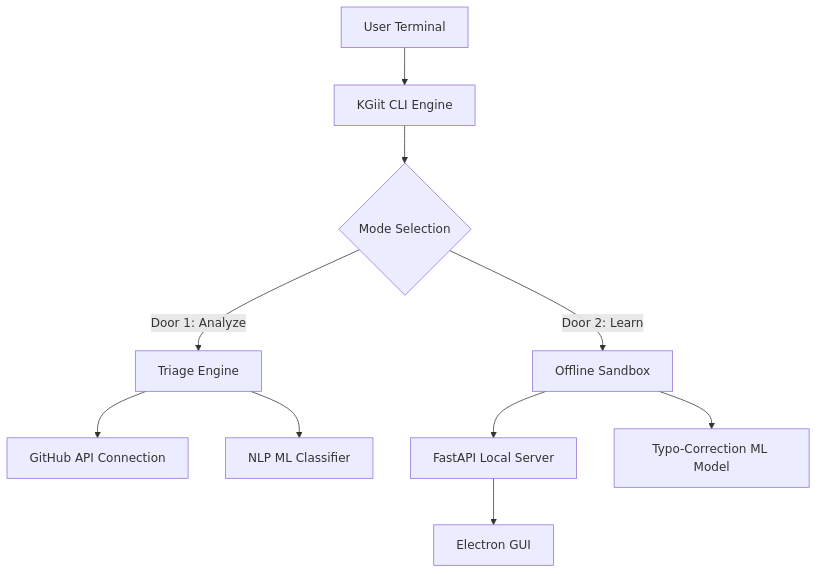
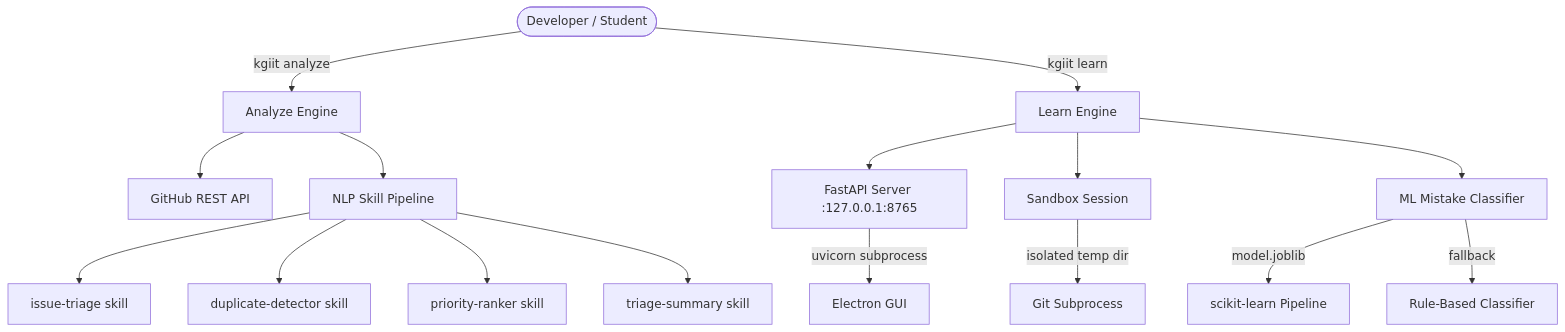
One commit to ShauryaVaid/kgiit changed the first of 4 diagrams in ARCHITECTURE.md. Above: the diagram before and after it, drawn with Mermaid. The commit also changed other lines of this file and 7 other files, not shown here.

````diff
--- a/ARCHITECTURE.md
+++ b/ARCHITECTURE.md
@@ -7,15 +14,21 @@
 ```mermaid
 graph TD
-    A[User Terminal] --> B[KGiit CLI Engine]
-    B --> C{Mode Selection}
-    
-    C -->|Door 1: Analyze| D[Triage Engine]
-    C -->|Door 2: Learn| E[Offline Sandbox]
-    
-    D --> F[GitHub API Connection]
-    D --> G[NLP ML Classifier]
-    
-    E --> H[FastAPI Local Server]
-    H --> I[Electron GUI]
-    E --> J[Typo-Correction ML Model]
+    A([Developer / Student]) -->|kgiit analyze| B[Analyze Engine]
+    A -->|kgiit learn| C[Learn Engine]
+
+    B --> D[GitHub REST API]
+    B --> E[NLP Skill Pipeline]
+    E --> E1[issue-triage skill]
+    E --> E2[duplicate-detector skill]
+    E --> E3[priority-ranker skill]
+    E --> E4[triage-summary skill]
+
+    C --> F[FastAPI Server :127.0.0.1:8765]
+    C --> G[Sandbox Session]
+    C --> H[ML Mistake Classifier]
+
+    F -->|uvicorn subprocess| I[Electron GUI]
+    G -->|isolated temp dir| J[Git Subprocess]
+    H -->|model.joblib| K[scikit-learn Pipeline]
+    H -->|fallback| L[Rule-Based Classifier]
 ```
````
